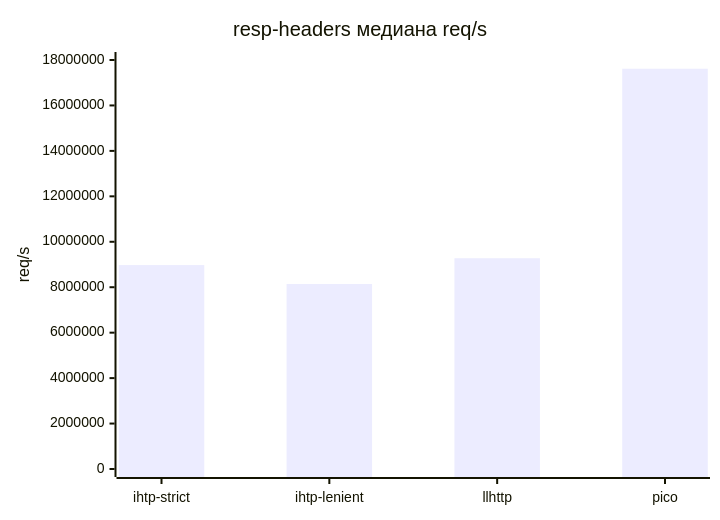
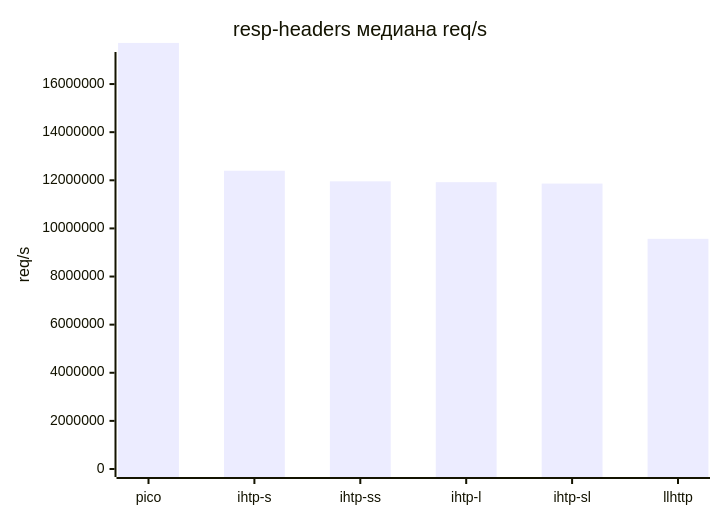
Before and after one commit to ioplane/iohttpparser: the fourth of 6 diagrams in docs/ru/09-test-results.md, drawn with Mermaid. The commit also changed other lines of this file and 24 other files, not shown here.

````diff
--- a/docs/ru/09-test-results.md
+++ b/docs/ru/09-test-results.md
@@ -178,7 +174,7 @@
 ```mermaid
 xychart-beta
     title "resp-headers медиана req/s"
-    x-axis ["ihtp-strict", "ihtp-lenient", "llhttp", "pico"]
-    y-axis "req/s" 0 --> 18000000
-    bar [8975082.39, 8141790.25, 9275587.30, 17615896.30]
+    x-axis ["pico", "ihtp-s", "ihtp-ss", "ihtp-l", "ihtp-sl", "llhttp"]
+    y-axis "req/s" 0 --> 17000000
+    bar [17709099.53, 12397916.33, 11956838.92, 11921626.75, 11864417.24, 9566233.95]
 ```
````
